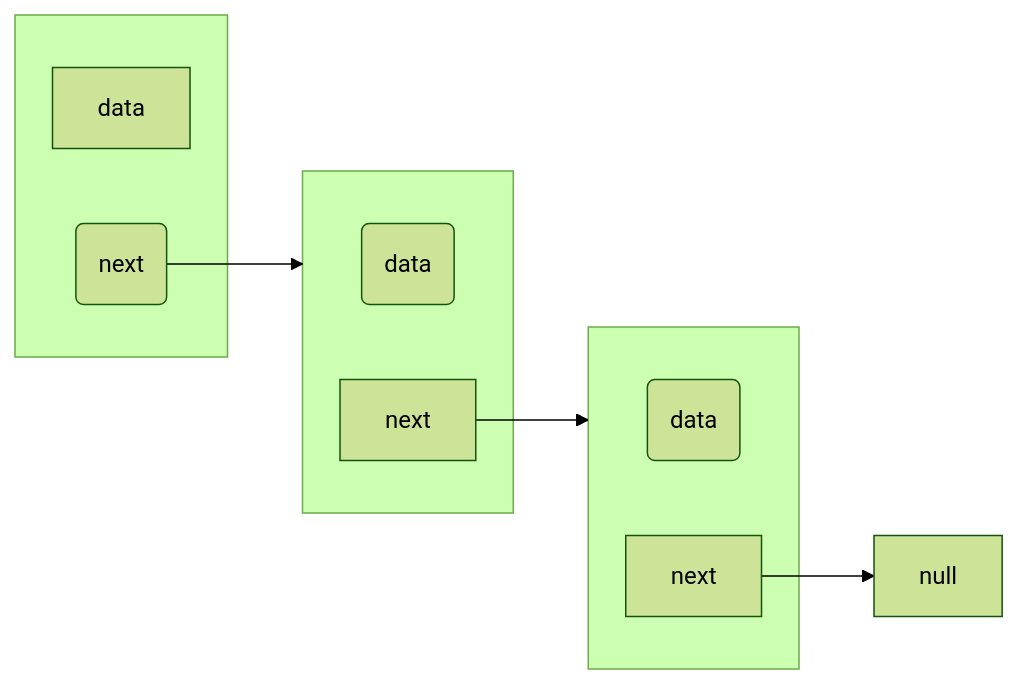
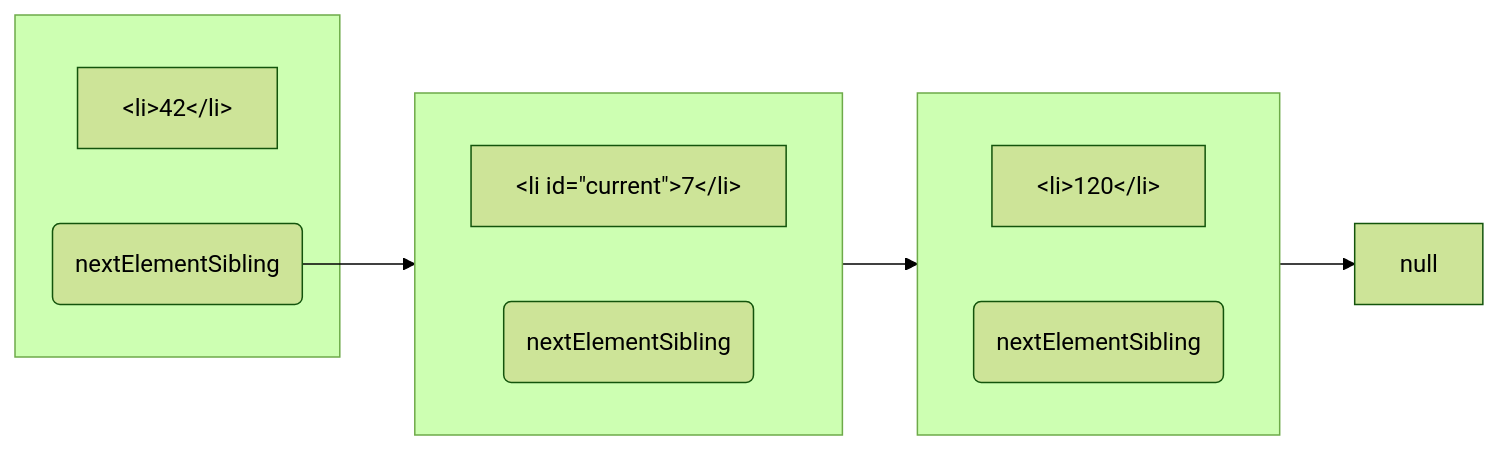
One commit to bobbykjack/sandbox changed the fifth of 5 diagrams in test.markdown. Above: the diagram before and after it, drawn with Mermaid (forest theme).

````diff
--- a/test.markdown
+++ b/test.markdown
@@ -38,21 +38,23 @@
 ```mermaid
 flowchart LR
     subgraph one[" "]
-    data1[data]
-    next1(next)
+    data1[&lt;li&gt;42&lt;/li&gt;]
+    next1(nextElementSibling)
     end
 
     subgraph two[" "]
-    data2(data)
-    next2[next]
+    direction LR
+    data2[&lt;li id=&quot;current&quot;&gt;7&lt;/li&gt;]
+    next2(nextElementSibling)
     end
 
     subgraph three[" "]
-    data3(data)
-    next3[next]
+    direction LR
+    data3[&lt;li&gt;120&lt;/li&gt;]
+    next3(nextElementSibling)
     end
 
     next1-->two
     next2-->three
     next3-->null
 ```
````
